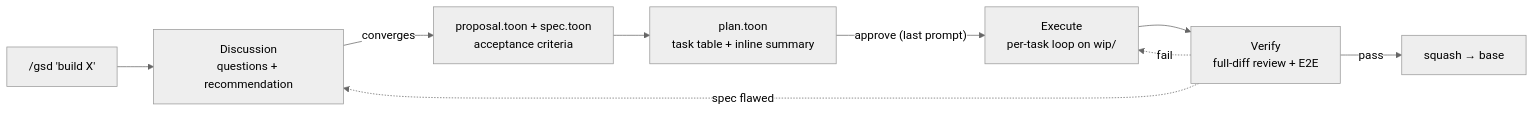
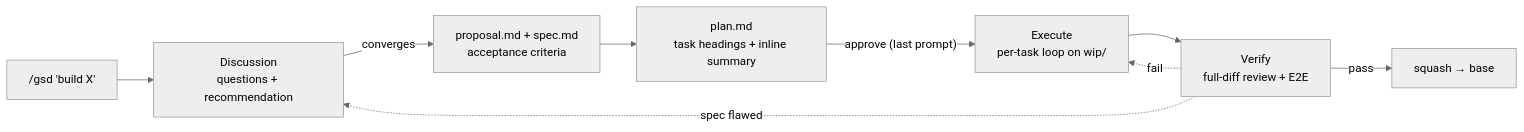
Before and after one commit to babymum7/gsd: the diagram in README.md, drawn with Mermaid (neutral theme). The commit also changed other lines of this file and 10 other files, not shown here.

````diff
--- a/README.md
+++ b/README.md
@@ -30,11 +30,11 @@
 ```mermaid
 flowchart LR
     U["/gsd 'build X'"] --> D[Discussion<br/>questions + recommendation]
-    D -->|converges| S[proposal.toon + spec.toon<br/>acceptance criteria]
-    S --> P[plan.toon<br/>task table + inline summary]
+    D -->|converges| S[proposal.md + spec.md<br/>acceptance criteria]
+    S --> P[plan.md<br/>task headings + inline summary]
     P -->|"approve (last prompt)"| E[Execute<br/>per-task loop on wip/]
     E --> V[Verify<br/>full-diff review + E2E]
     V -->|pass| M[squash → base]
     V -.fail.-> E
     V -.spec flawed.-> D
 ```
````
